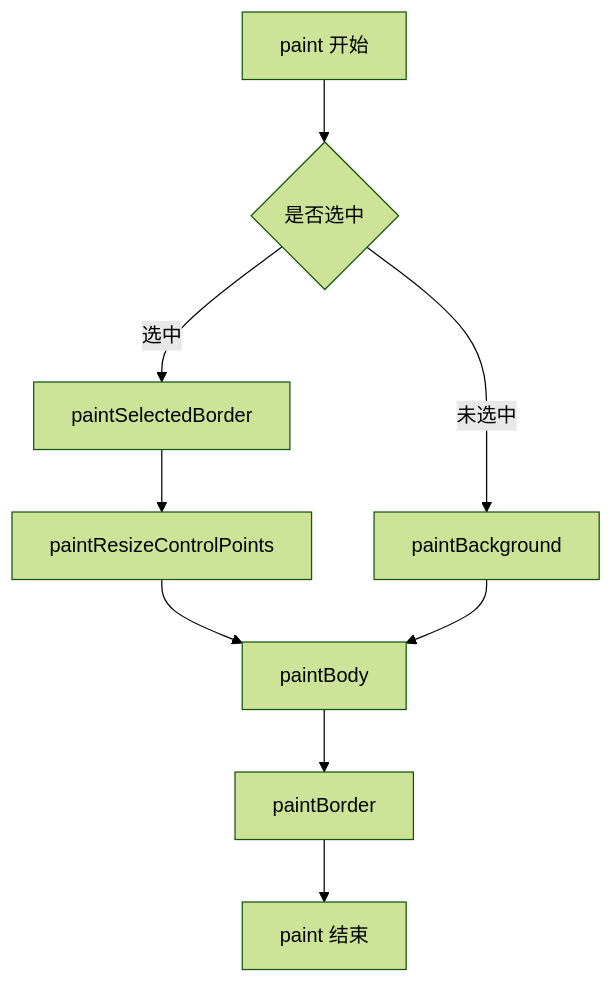
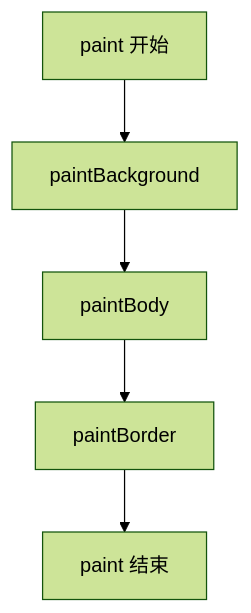
Before and after one commit to czyt1988/data-workbench: the third of 4 diagrams in docs/zh/dev-guide/scalable-graphic-module.md, drawn with Mermaid (forest theme). The commit also changed other lines of this file and 2 other files, not shown here.

````diff
--- a/docs/zh/dev-guide/scalable-graphic-module.md
+++ b/docs/zh/dev-guide/scalable-graphic-module.md
@@ -159,11 +178,7 @@
 ```mermaid
 flowchart TD
-    A[paint 开始] --> B{是否选中}
-    B -->|选中| C[paintSelectedBorder]
-    B -->|未选中| D[paintBackground]
-    C --> E[paintResizeControlPoints]
-    E --> F[paintBody]
-    D --> F
-    F --> G[paintBorder]
-    G --> H[paint 结束]
+    A[paint 开始] --> B[paintBackground]
+    B --> C[paintBody]
+    C --> D[paintBorder]
+    D --> E[paint 结束]
 ```
````
